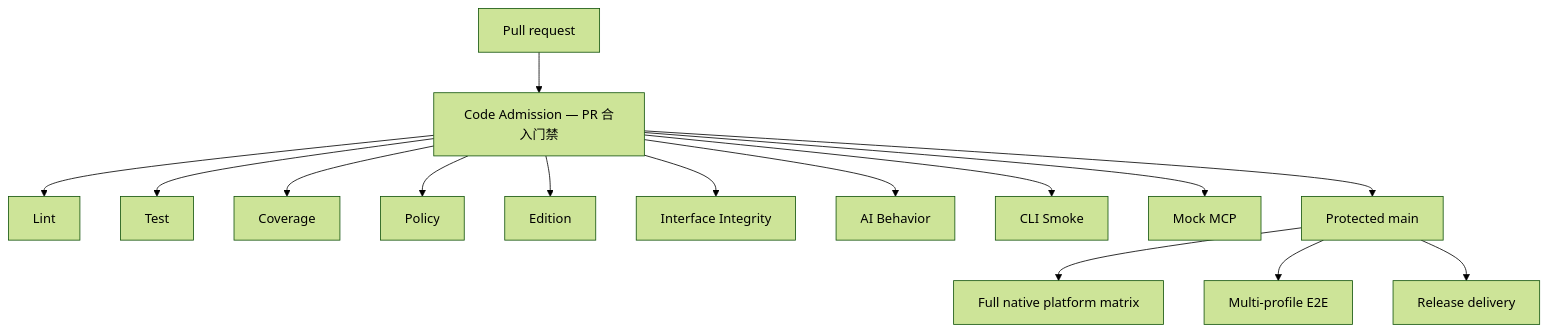
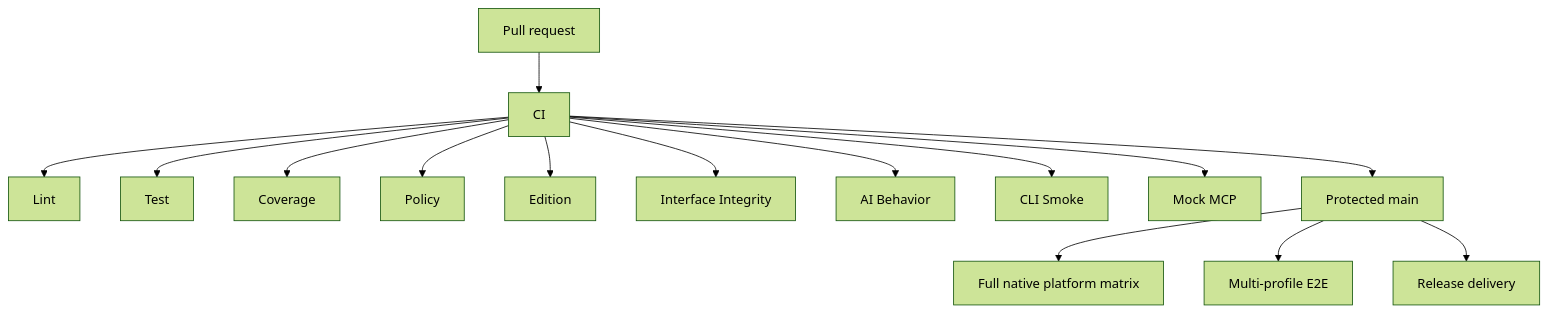
One commit to DingTalk-Real-AI/dingtalk-workspace-cli changed the diagram in docs/ci-pr-gates.md. Above: the diagram before and after it, drawn with Mermaid (forest theme). The commit also changed other lines of this file and 9 other files, not shown here.

````diff
--- a/docs/ci-pr-gates.md
+++ b/docs/ci-pr-gates.md
@@ -82,17 +82,17 @@
 ```mermaid
 flowchart TB
-  PR["Pull request"] --> ADMISSION["Code Admission — PR 合入门禁"]
+  PR["Pull request"] --> ADMISSION["CI"]
   ADMISSION --> L["Lint"]
   ADMISSION --> T["Test"]
   ADMISSION --> C["Coverage"]
   ADMISSION --> P["Policy"]
   ADMISSION --> E["Edition"]
   ADMISSION --> I["Interface Integrity"]
   ADMISSION --> A["AI Behavior"]
   ADMISSION --> S["CLI Smoke"]
   ADMISSION --> M["Mock MCP"]
   ADMISSION --> MAIN["Protected main"]
   MAIN --> NATIVE["Full native platform matrix"]
   MAIN --> E2E["Multi-profile E2E"]
   MAIN --> RELEASE["Release delivery"]
 ```
````
